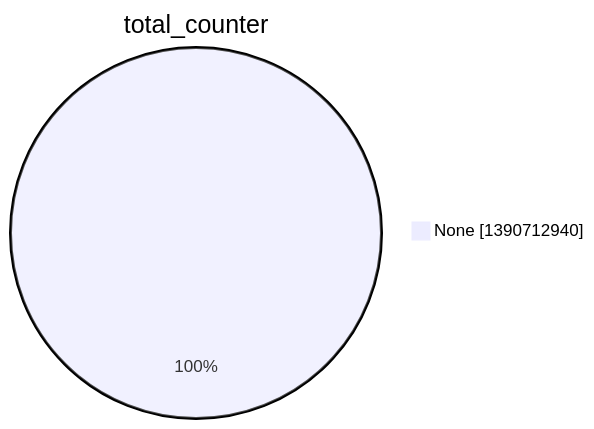
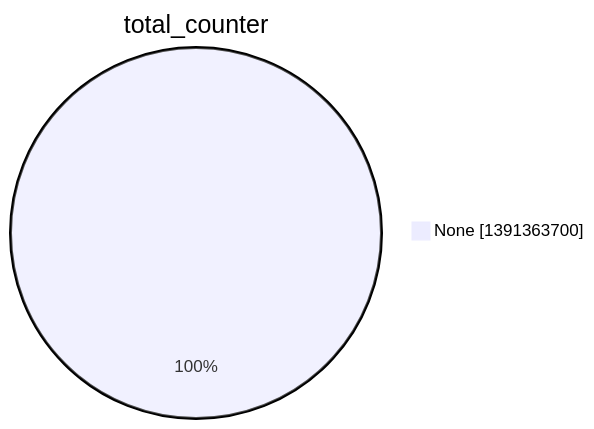
One commit to christiankrug/ctmonitor_visualization changed the second of 15 diagrams in argon2022/README.md. Above: the diagram before and after it, drawn with Mermaid. The commit also changed other lines of this file, not shown here.

````diff
--- a/argon2022/README.md
+++ b/argon2022/README.md
@@ -9,5 +9,5 @@
 ```mermaid
 pie showData
 title total_counter
-"None" :1390712940
+"None" :1391363700
 ```
````
